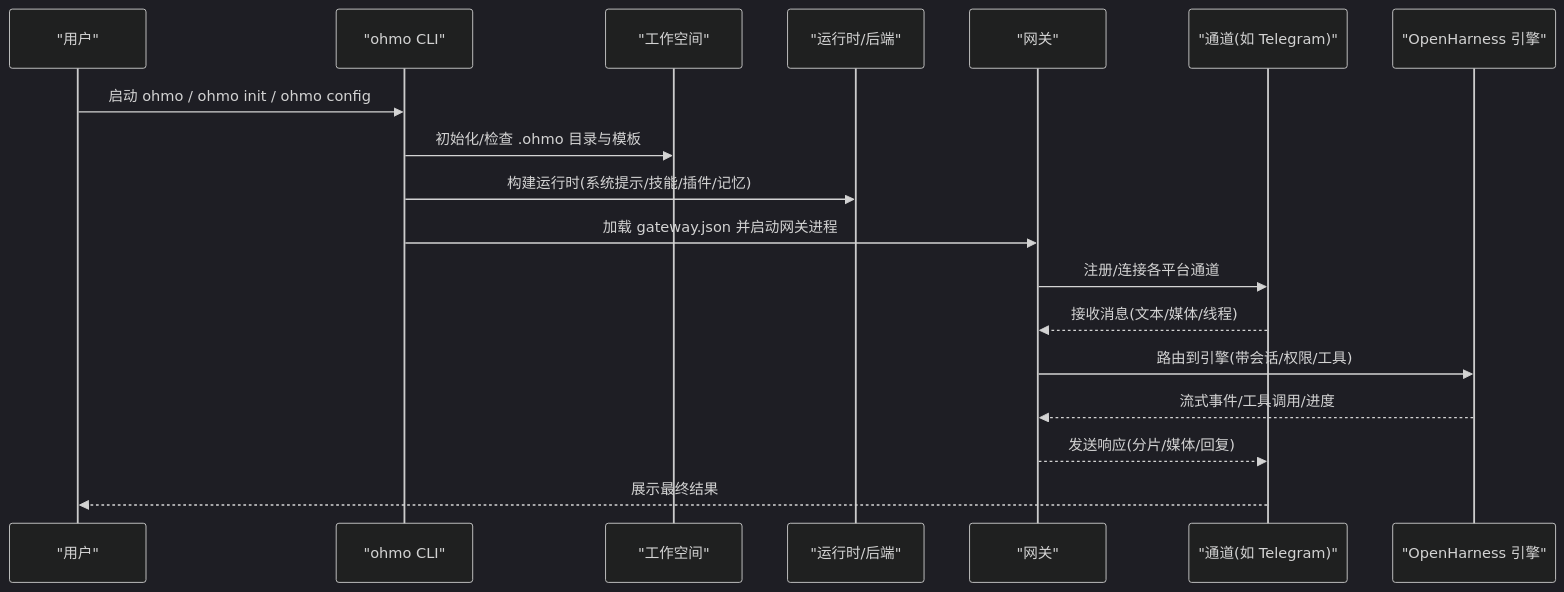
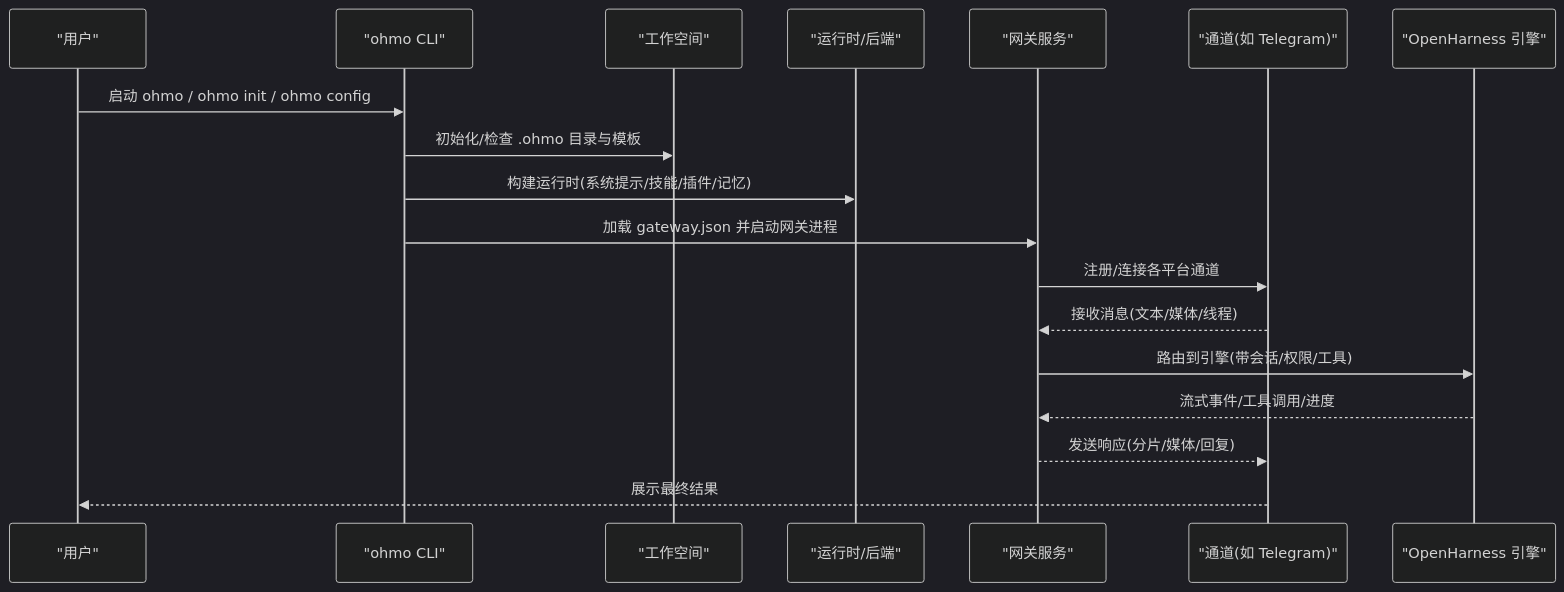
One commit to haolange/OpenHarness changed the second of 12 diagrams in .qoder/repowiki/zh/content/ohmo 个人代理/ohmo 个人代理.md. Above: the diagram before and after it, drawn with Mermaid (dark theme). The commit also changed other lines of this file and 5 other files, not shown here.

````diff
--- a/.qoder/repowiki/zh/content/ohmo 个人代理/ohmo 个人代理.md
+++ b/.qoder/repowiki/zh/content/ohmo 个人代理/ohmo 个人代理.md
@@ -116,20 +141,20 @@
 ```mermaid
 sequenceDiagram
 participant User as "用户"
 participant CLI as "ohmo CLI"
 participant WS as "工作空间"
 participant RT as "运行时/后端"
-participant GW as "网关"
+participant GW as "网关服务"
 participant CH as "通道(如 Telegram)"
 participant EH as "OpenHarness 引擎"
 User->>CLI : 启动 ohmo / ohmo init / ohmo config
 CLI->>WS : 初始化/检查 .ohmo 目录与模板
 CLI->>RT : 构建运行时(系统提示/技能/插件/记忆)
 CLI->>GW : 加载 gateway.json 并启动网关进程
 GW->>CH : 注册/连接各平台通道
 CH-->>GW : 接收消息(文本/媒体/线程)
 GW->>EH : 路由到引擎(带会话/权限/工具)
 EH-->>GW : 流式事件/工具调用/进度
 GW-->>CH : 发送响应(分片/媒体/回复)
 CH-->>User : 展示最终结果
 ```
````
